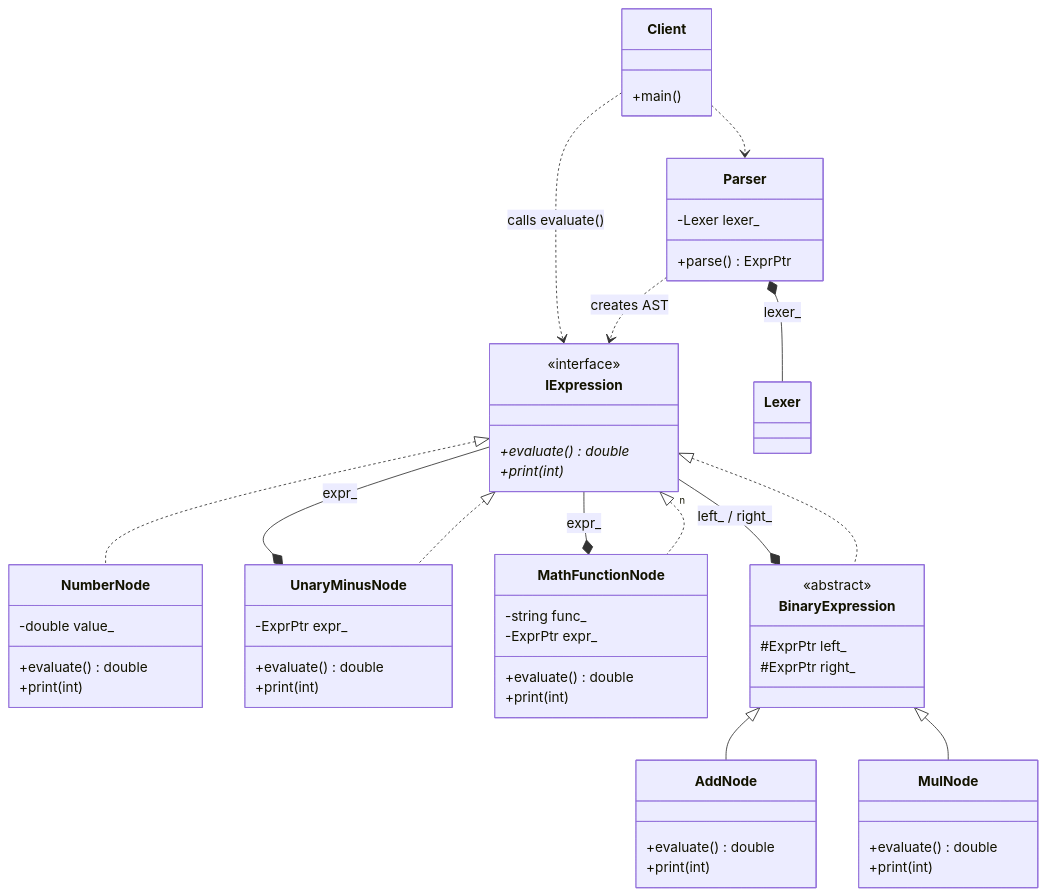
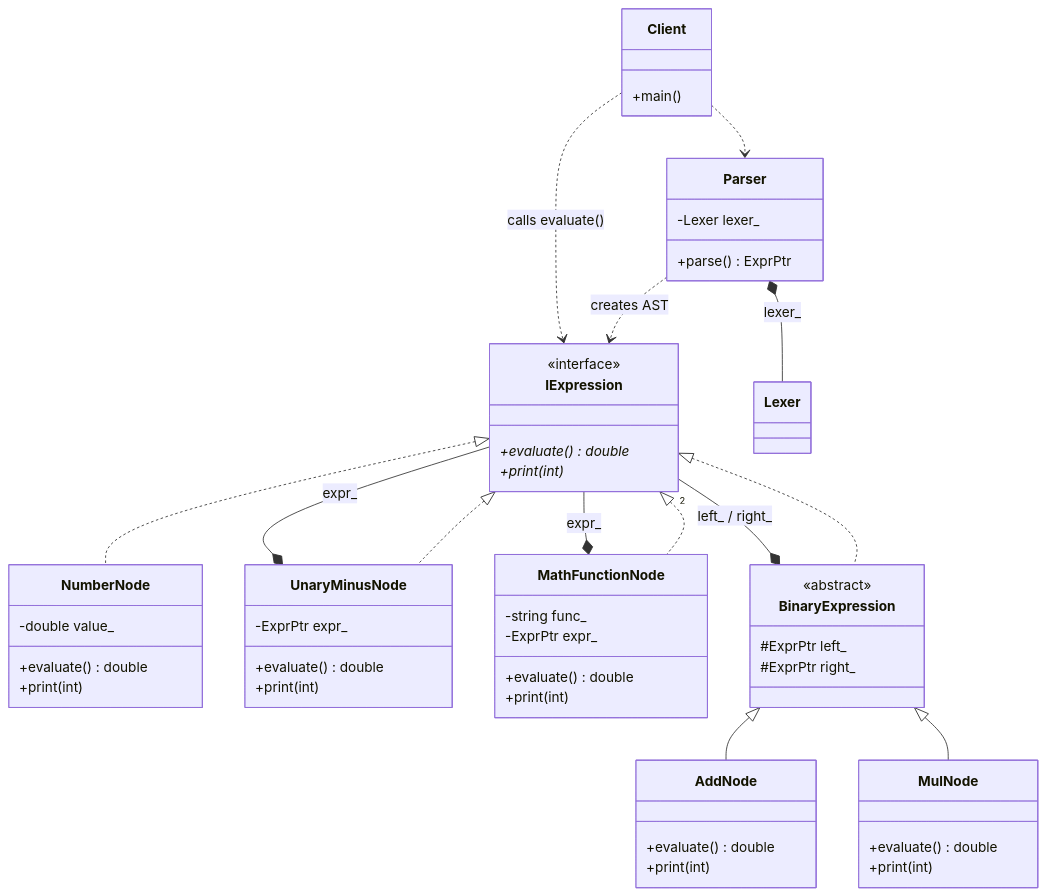
The diagram in 20_Interpreter/Interpreter_GoF_AST/diagram.md (Cichlidfishexigency721/Modern-CPP-Design-Patterns), drawn with Mermaid before and after one commit.

Commit message:
UML improvement

````diff
--- a/20_Interpreter/Interpreter_GoF_AST/diagram.md
+++ b/20_Interpreter/Interpreter_GoF_AST/diagram.md
@@ -3,71 +3,71 @@
 ```mermaid
 classDiagram
    class IExpression {
       <<interface>>
       +evaluate()* double
       +print(int)*
    }
 
    class NumberNode {
       -double value_
       +evaluate() double
       +print(int)
    }
 
    class UnaryMinusNode {
       -ExprPtr expr_
       +evaluate() double
       +print(int)
    }
 
    class MathFunctionNode {
       -string func_
       -ExprPtr expr_
       +evaluate() double
       +print(int)
    }
 
    class BinaryExpression {
       <<abstract>>
       #ExprPtr left_
       #ExprPtr right_
    }
 
    class AddNode {
       +evaluate() double
       +print(int)
    }
 
    class MulNode {
       +evaluate() double
       +print(int)
    }
 
    class Parser {
       -Lexer lexer_
       +parse() ExprPtr
    }
 
    class Client {
       +main()
    }
 
    %% Inheritance
    IExpression <|.. NumberNode
    IExpression <|.. UnaryMinusNode
    IExpression <|.. MathFunctionNode
    IExpression <|.. BinaryExpression
    BinaryExpression <|-- AddNode
    BinaryExpression <|-- MulNode
 
    %% Composition
-   BinaryExpression *-- "n" IExpression : left_ / right_
+   BinaryExpression *-- "2" IExpression : left_ / right_
    UnaryMinusNode *-- IExpression : expr_
    MathFunctionNode *-- IExpression : expr_
    Parser *-- Lexer : lexer_
 
    %% Dependency
    Parser ..> IExpression : creates AST
    Client ..> Parser
    Client ..> IExpression : calls evaluate()
 ```
````
